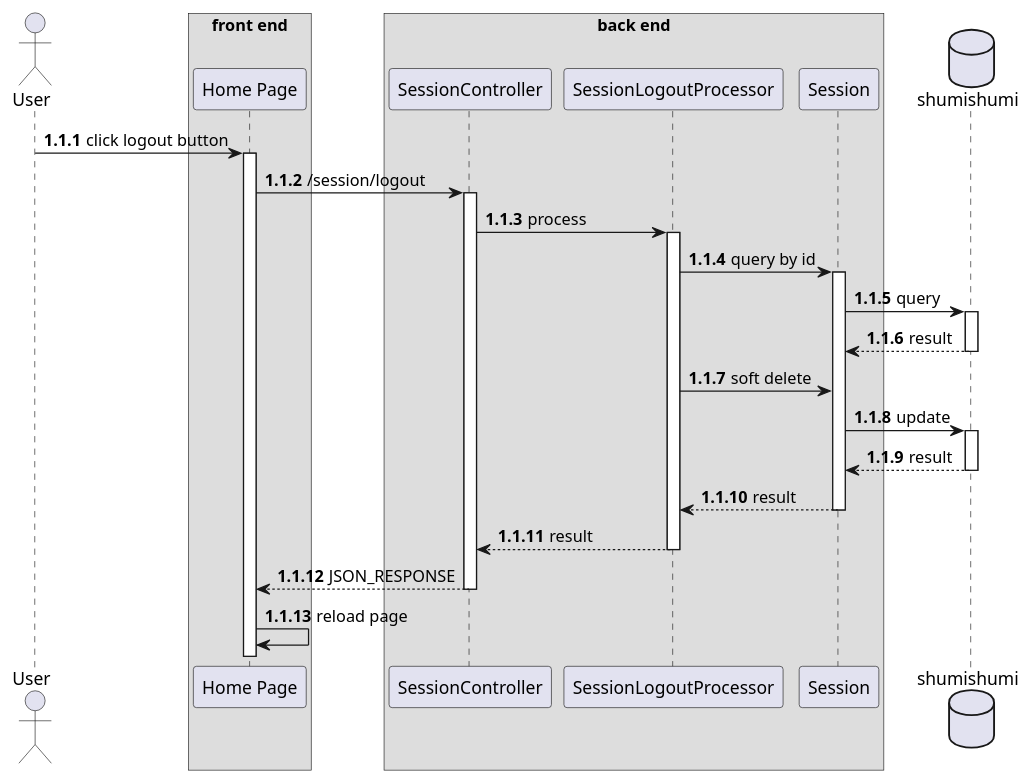
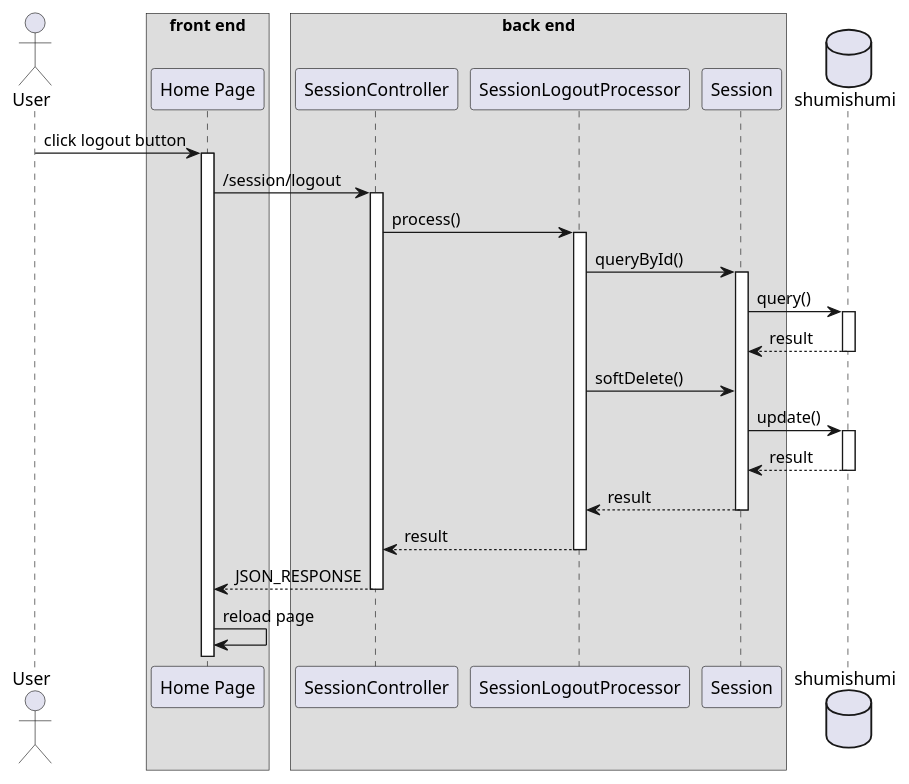
One commit to aldihsuhandi/skripsi-2023 changed the diagram in uml diagram/sequence diagram/6. logout.pu. Above: the diagram before and after it, drawn with PlantUML. The commit also changed 68 other files, not shown here.

Commit message:
fix sequence diagram

```diff
--- a/uml diagram/sequence diagram/6. logout.pu
+++ b/uml diagram/sequence diagram/6. logout.pu
@@ -1,40 +1,40 @@
 @startuml logout
-autonumber 1.1.1
+'autonumber 1.1.1
 
 actor User as u
 
 box "front end"
 participant "Home Page" as home
 end box
 
 box "back end"
 participant "SessionController" as sc
 
 participant "SessionLogoutProcessor" as proc
 
 participant "Session" as sm
 end box
 
 database shumishumi as db
 
 u -> home++ : click logout button
 home -> sc++ : /session/logout
 
-sc -> proc++ : process
+sc -> proc++ : process()
 
-proc -> sm++ : query by id
-sm -> db++ : query
+proc -> sm++ : queryById()
+sm -> db++ : query()
 return result
 
-proc -> sm : soft delete
-sm -> db++ : update
+proc -> sm : softDelete()
+sm -> db++ : update()
 return result
 return result
 
 return result
 
 return JSON_RESPONSE
 
 home -> home : reload page
 
 @enduml
```
